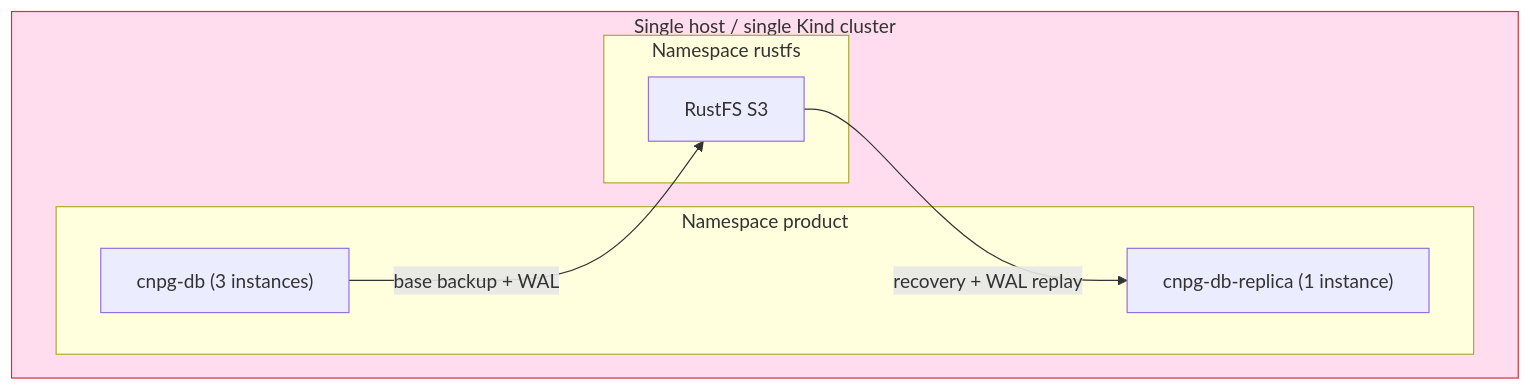
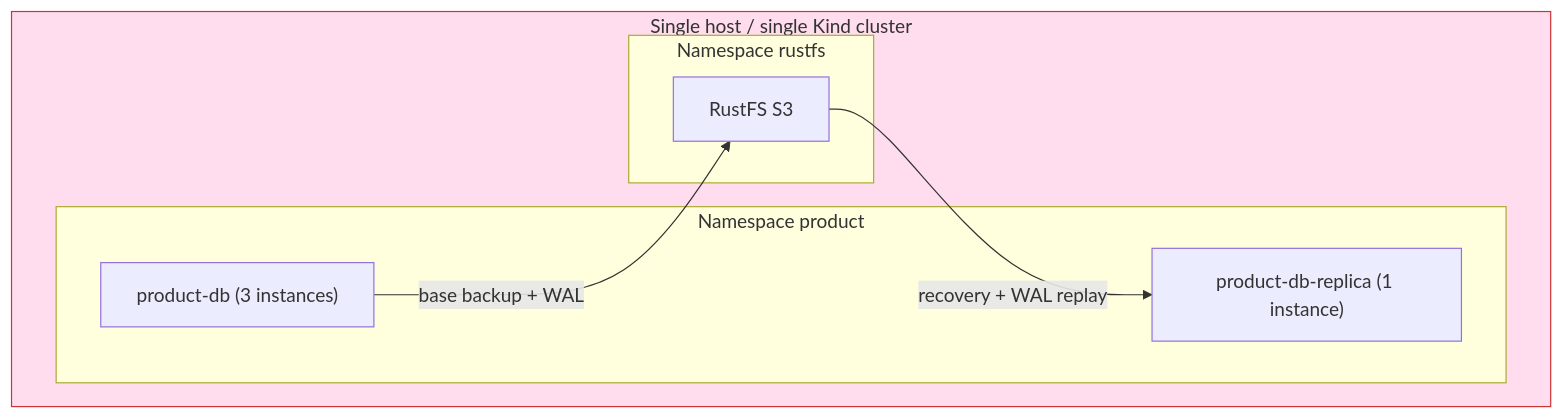
Before and after one commit to duynhlab/homelab: the first of 2 diagrams in docs/databases/010.3-cross-region-dr.md, drawn with Mermaid. The commit also changed other lines of this file and 15 other files, not shown here.

````diff
--- a/docs/databases/010.3-cross-region-dr.md
+++ b/docs/databases/010.3-cross-region-dr.md
@@ -15,16 +15,16 @@
 ```mermaid
 flowchart TB
   subgraph host ["Single host / single Kind cluster"]
     subgraph productNs ["Namespace product"]
-      primary["cnpg-db (3 instances)"]
-      dr["cnpg-db-replica (1 instance)"]
+      primary["product-db (3 instances)"]
+      dr["product-db-replica (1 instance)"]
     end
     subgraph rustfsNs ["Namespace rustfs"]
       rustfs["RustFS S3"]
     end
     primary -->|"base backup + WAL"| rustfs
     rustfs -->|"recovery + WAL replay"| dr
   end
   classDef risk fill:#fde,stroke:#c33;
   class host risk;
 ```
````
